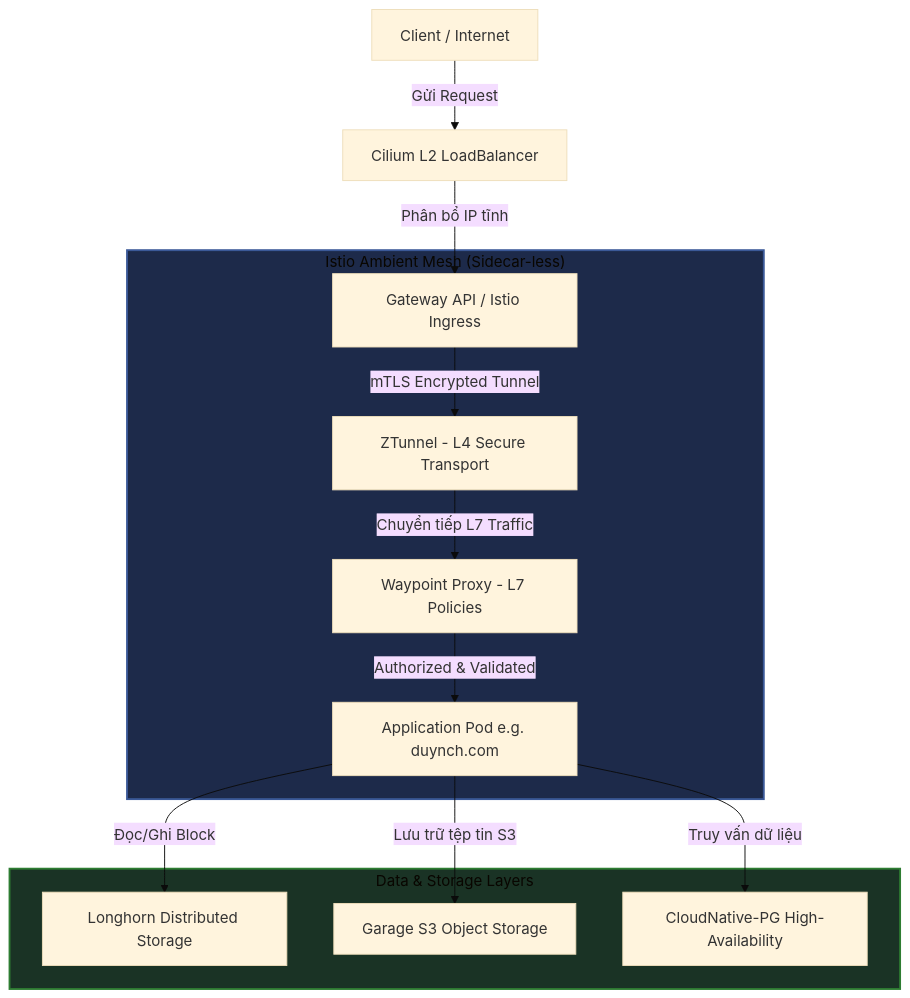
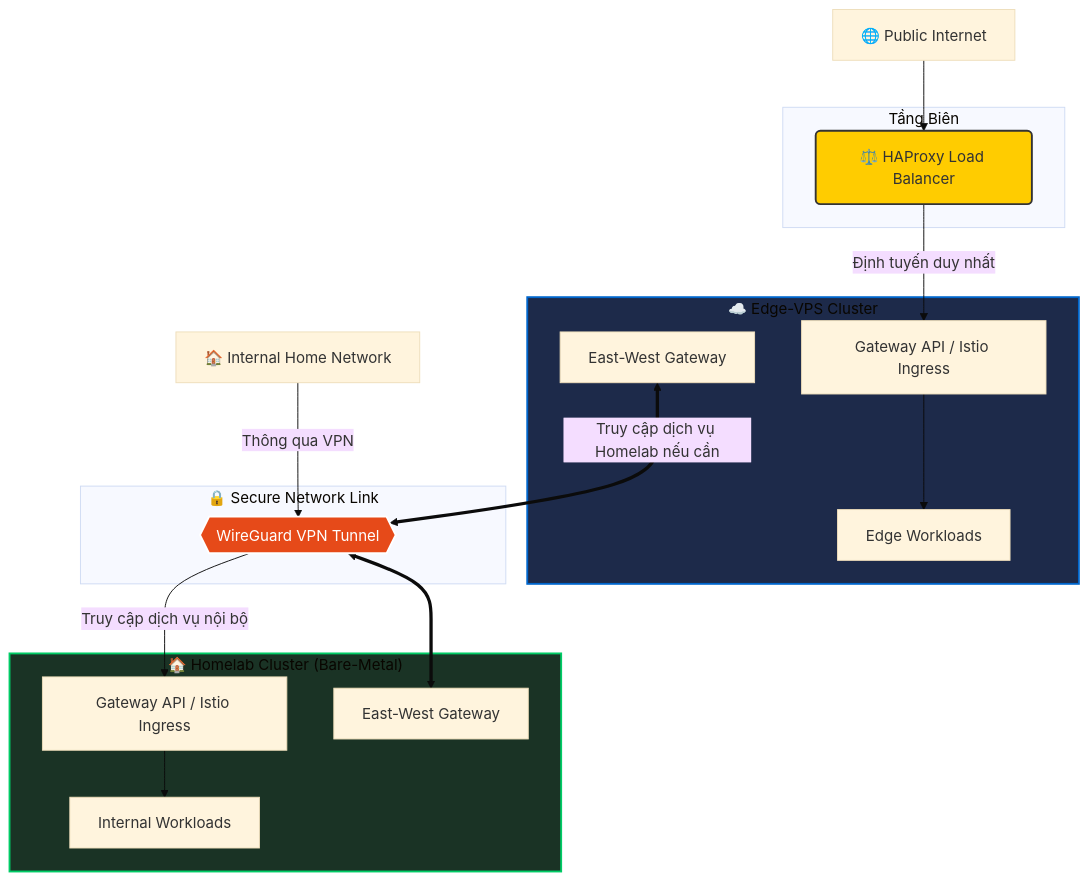
The diagram in README.md (DuyAccel/homelab), drawn with Mermaid (base theme) before and after one commit. The commit also changed other lines of this file, not shown here.

````diff
--- a/README.md
+++ b/README.md
@@ -36,20 +36,43 @@
 ```mermaid
 graph TD
-    Client[Client / Internet] -->|Gửi Request| L2[Cilium L2 LoadBalancer]
-    L2 -->|Phân bổ IP tĩnh| GW[Gateway API / Istio Ingress]
+    Internet[🌐 Public Internet]
+    Intranet[🏠 Internal Home Network]
     
-    subgraph ambient ["Istio Ambient Mesh (Sidecar-less)"]
-        GW -->|mTLS Encrypted Tunnel| Z[ZTunnel - L4 Secure Transport]
-        Z -->|Chuyển tiếp L7 Traffic| WP[Waypoint Proxy - L7 Policies]
-        WP -->|Authorized & Validated| App[Application Pod e.g. duynch.com]
-    end
-    
-    subgraph data ["Data & Storage Layers"]
-        App -->|Đọc/Ghi Block| LH[Longhorn Distributed Storage]
-        App -->|Lưu trữ tệp tin S3| GR[Garage S3 Object Storage]
-        App -->|Truy vấn dữ liệu| PG[CloudNative-PG High-Availability]
+    subgraph Edge_LB ["Tầng Biên"]
+        HAProxy("⚖️ HAProxy Load Balancer")
     end
 
-    style ambient fill:#1d2a4a,stroke:#3b5998,stroke-width:2px;
-    style data fill:#1a3325,stroke:#2e7d32,stroke-width:2px;
+    subgraph cluster_edge ["☁️ Edge-VPS Cluster"]
+        Edge_GW[Gateway API / Istio Ingress]
+        Edge_Apps[Edge Workloads]
+        Edge_EW1[East-West Gateway]
+        Edge_GW --> Edge_Apps
+    end
+
+    subgraph cluster_homelab ["🏠 Homelab Cluster (Bare-Metal)"]
+        Lab_GW[Gateway API / Istio Ingress]
+        Lab_Apps[Internal Workloads]
+        Lab_EW2[East-West Gateway]
+        Lab_GW --> Lab_Apps
+    end
+
+    %% Cổng kết nối bảo mật VPN làm trung tâm định tuyến nội bộ
+    subgraph VPN ["🔒 Secure Network Link"]
+        WG_Tunnel{{"WireGuard VPN Tunnel"}}
+    end
+
+    %% Định tuyến luồng Internet
+    Internet --> HAProxy
+    HAProxy -->|Định tuyến duy nhất| Edge_GW
+    Edge_EW1 <==>|Truy cập dịch vụ Homelab nếu cần| WG_Tunnel <==> Lab_EW2
+
+    %% Định tuyến luồng mạng nội bộ qua VPN thẳng vào Internal Ingress Gateway của Homelab
+    Intranet -->|Thông qua VPN| WG_Tunnel
+    WG_Tunnel -->|Truy cập dịch vụ nội bộ| Lab_GW
+
+    %% Styling
+    style HAProxy fill:#ffcc00,stroke:#333,stroke-width:2px;
+    style WG_Tunnel fill:#e64a19,stroke:#fff,stroke-width:2px,color:#fff;
+    style cluster_edge fill:#1d2a4a,stroke:#0066cc,stroke-width:2px;
+    style cluster_homelab fill:#1a3325,stroke:#00cc66,stroke-width:2px;
 ```
````
